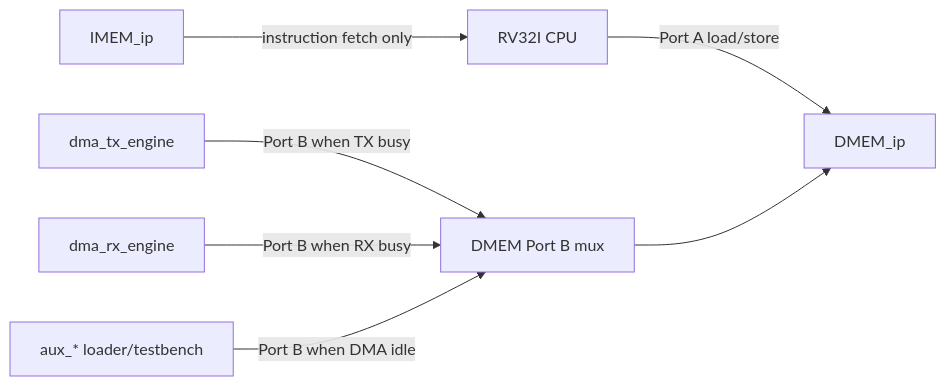
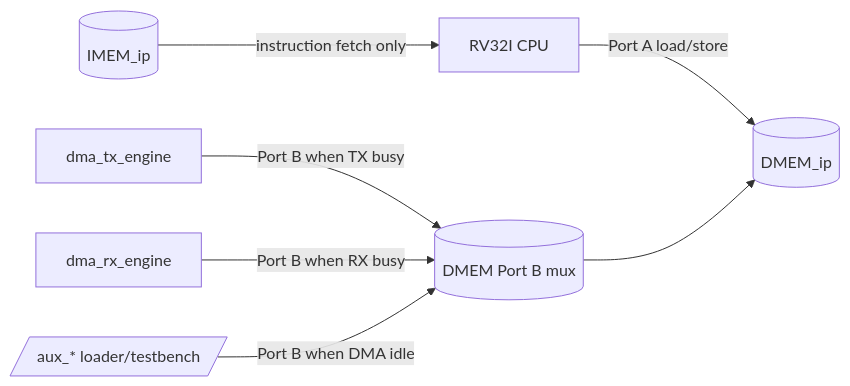
Before and after one commit to ngoquocan139/AES_huffman_all6: the diagram in docs/bram_port_usage_spec.md, drawn with Mermaid. The commit also changed 28 other files, not shown here.

````diff
--- a/docs/bram_port_usage_spec.md
+++ b/docs/bram_port_usage_spec.md
@@ -46,9 +46,9 @@
 ```mermaid
 flowchart LR
-  CPU["RV32I CPU"] -->|"Port A load/store"| DMEM["DMEM_ip"]
-  TX["dma_tx_engine"] -->|"Port B when TX busy"| MUX["DMEM Port B mux"]
+  CPU["RV32I CPU"] -->|"Port A load/store"| DMEM[("DMEM_ip")]
+  TX["dma_tx_engine"] -->|"Port B when TX busy"| MUX[("DMEM Port B mux")]
   RX["dma_rx_engine"] -->|"Port B when RX busy"| MUX
-  AUX["aux_* loader/testbench"] -->|"Port B when DMA idle"| MUX
+  AUX[/"aux_* loader/testbench"/] -->|"Port B when DMA idle"| MUX
   MUX --> DMEM
-  IMEM["IMEM_ip"] -->|"instruction fetch only"| CPU
+  IMEM[("IMEM_ip")] -->|"instruction fetch only"| CPU
 ```
````
